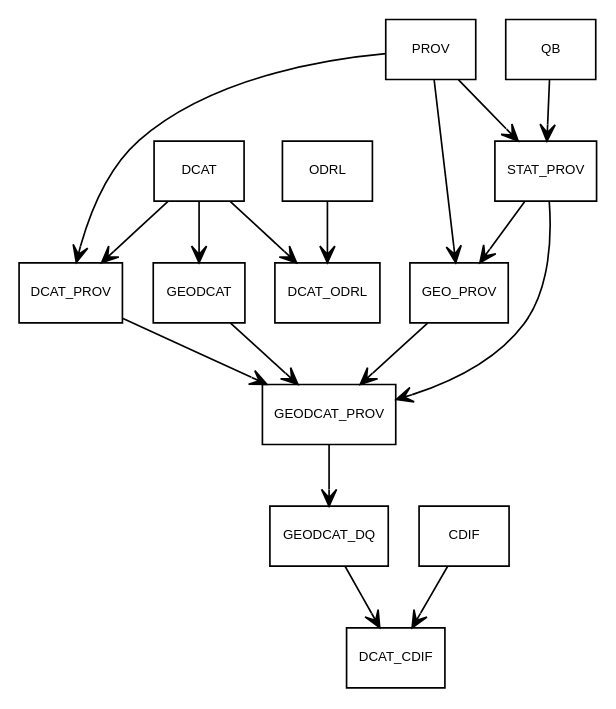
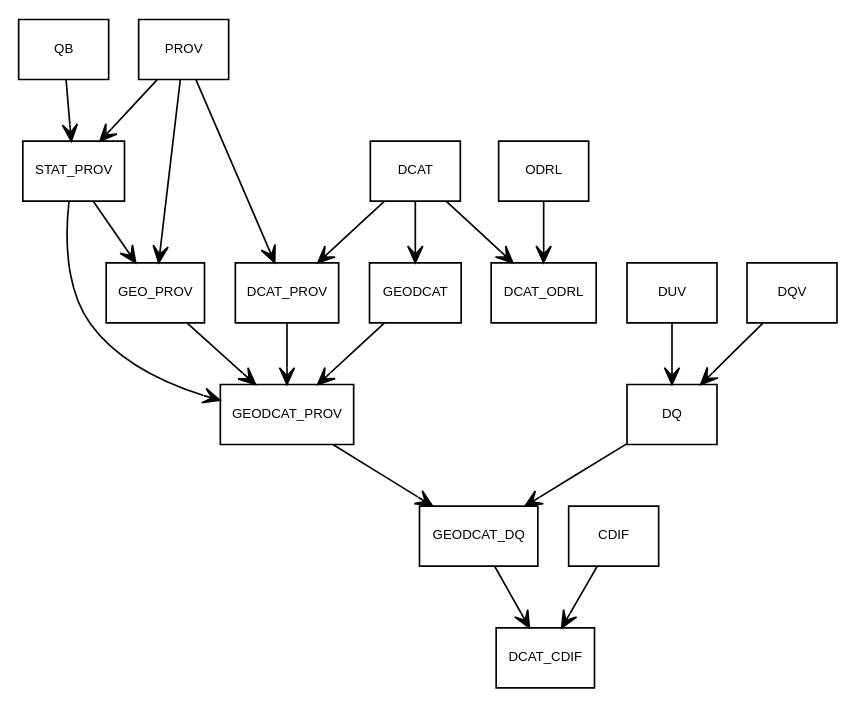
The diagram in 2023-10-05_dagstuhl_model.dot (pwin/scraps), drawn with Graphviz before and after one commit.

Commit message:
Update 2023-10-05_dagstuhl_model.dot
adding DQ side

```diff
--- a/2023-10-05_dagstuhl_model.dot
+++ b/2023-10-05_dagstuhl_model.dot
@@ -1,81 +1,84 @@
 digraph Dagstuhl{
 ratio = "auto"
 
 node [
 fontname = Helvetica
 fontsize = 8
 shape = "record"
 ]
 
 edge [
 arrowtail = "empty"
 arrowhead = "vee"
 fontsize=8
 fontcolor=red
 fontname=Helvetica
 ]
 
 
 DCAT[
 label = "{DCAT}"
 ]
 
 PROV [
 label = "{PROV}"
 ]
 
 QB [
 label = "{QB}"
 ]
 ODRL [
 label = "{ODRL}"
 ]
 GEO_DCAT [
 label = "{GEODCAT}"
 ]
 GEO_PROV [
 label = "{GEO_PROV}"
 ]
 STAT_PROV [
 label = "{STAT_PROV}"
 ]
 DCAT_PROV [
 label = "{DCAT_PROV}"
 ]
 GEO_DCAT_PROV [
 label = "{GEODCAT_PROV}"
 ]
 
 GEO_DCAT_DQ [
 label = "{GEODCAT_DQ}"
 ]
 CDIF[
 label = "{CDIF}"
 ]
 DCAT_CDIF[
 label = "{DCAT_CDIF}"
 ]
+DQV -> DQ;
+DUV -> DQ ;
+DQ -> GEO_DCAT_DQ ;
 
 DCAT -> GEO_DCAT ;
 GEO_DCAT -> GEO_DCAT_PROV ;
 DCAT -> DCAT_PROV ;
 DCAT_PROV -> GEO_DCAT_PROV ;
 GEO_DCAT_PROV -> GEO_DCAT_DQ ;
 QB -> STAT_PROV ;
 PROV -> STAT_PROV ;
 STAT_PROV -> GEO_DCAT_PROV ;
 DCAT -> DCAT_ODRL ;
 PROV -> DCAT_PROV ;
 PROV -> GEO_PROV ;
 STAT_PROV -> GEO_PROV ;
 ODRL -> DCAT_ODRL ;
 GEO_PROV -> GEO_DCAT_PROV ;
 CDIF -> DCAT_CDIF ;
 GEO_DCAT_DQ -> DCAT_CDIF ;
 
 
 #dcatCatalog -> foafAgent [label="dct:publisher"]
 #edge [headlabel = "1..*"]
 
 
 }
```
